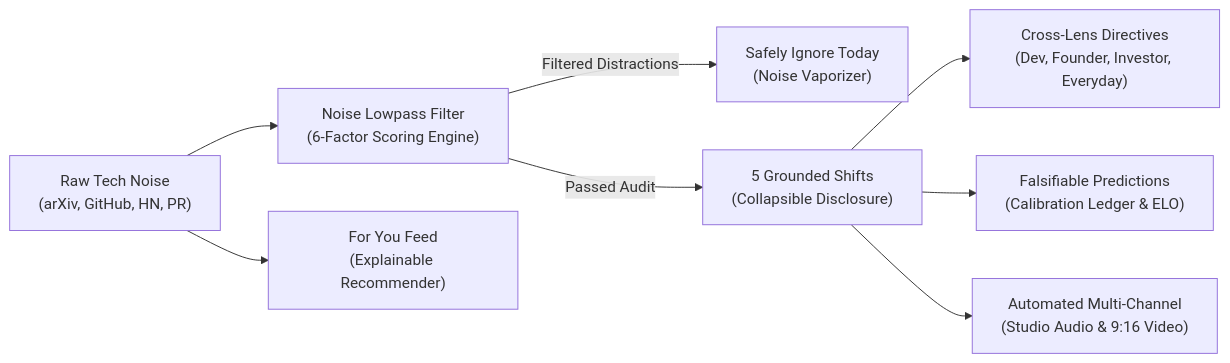
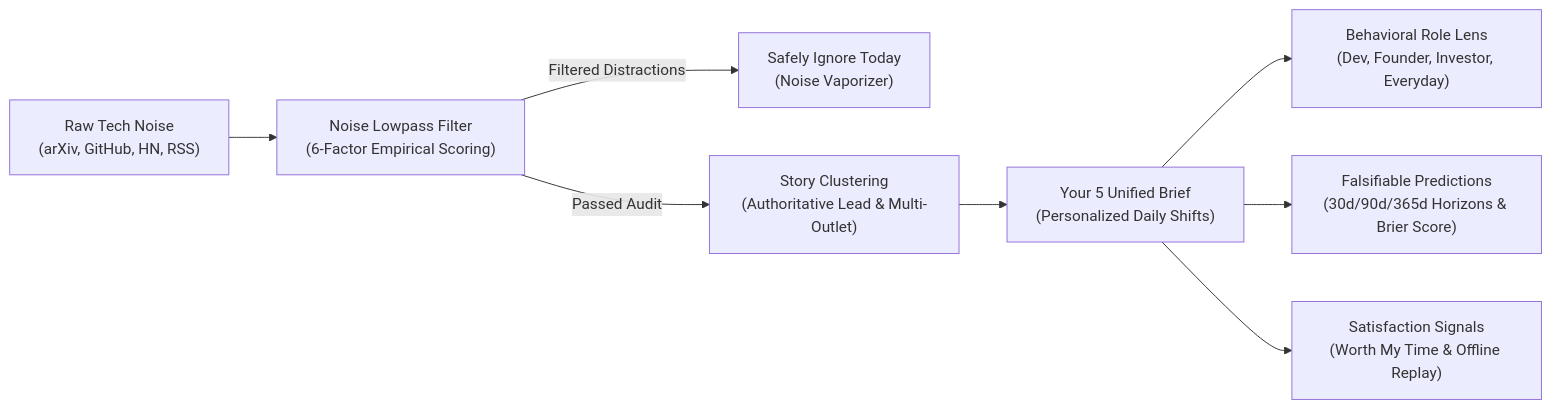
One commit to Dev-Pranav-Sankhyan/Pith changed the diagram in PROJECT_CONTEXT.md. Above: the diagram before and after it, drawn with Mermaid. The commit also changed other lines of this file and 35 other files, not shown here.

````diff
--- a/PROJECT_CONTEXT.md
+++ b/PROJECT_CONTEXT.md
@@ -17,10 +17,10 @@
 ```mermaid
 flowchart LR
-    A["Raw Tech Noise<br>(arXiv, GitHub, HN, PR)"] --> B["Noise Lowpass Filter<br>(6-Factor Scoring Engine)"]
+    A["Raw Tech Noise<br>(arXiv, GitHub, HN, RSS)"] --> B["Noise Lowpass Filter<br>(6-Factor Empirical Scoring)"]
     B -->|Filtered Distractions| C["Safely Ignore Today<br>(Noise Vaporizer)"]
-    B -->|Passed Audit| D["5 Grounded Shifts<br>(Collapsible Disclosure)"]
-    D --> E["Cross-Lens Directives<br>(Dev, Founder, Investor, Everyday)"]
-    D --> F["Falsifiable Predictions<br>(Calibration Ledger & ELO)"]
-    D --> G["Automated Multi-Channel<br>(Studio Audio & 9:16 Video)"]
-    A --> H["For You Feed<br>(Explainable Recommender)"]
+    B -->|Passed Audit| D["Story Clustering<br>(Authoritative Lead & Multi-Outlet)"]
+    D --> E["Your 5 Unified Brief<br>(Personalized Daily Shifts)"]
+    E --> F["Behavioral Role Lens<br>(Dev, Founder, Investor, Everyday)"]
+    E --> G["Falsifiable Predictions<br>(30d/90d/365d Horizons & Brier Score)"]
+    E --> H["Satisfaction Signals<br>(Worth My Time & Offline Replay)"]
 ```
````
